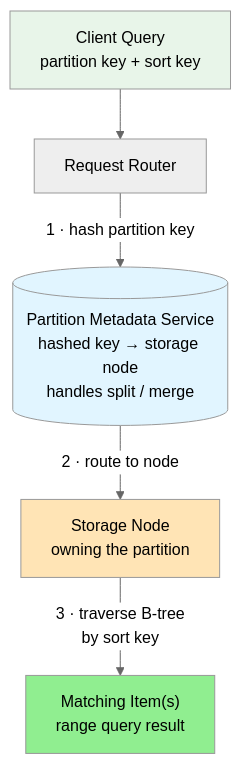
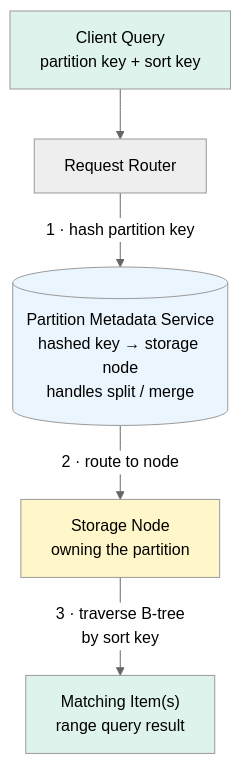
Before and after one commit to cartmancodes/InterviewVault: the first of 2 diagrams in LLD/SystemDesign/DeepDives/Dynamodb.md, drawn with Mermaid (neutral theme). The commit also changed other lines of this file and 679 other files, not shown here.

Commit message:
Unify content diagrams and add accessible visual walkthroughs

````diff
--- a/LLD/SystemDesign/DeepDives/Dynamodb.md
+++ b/LLD/SystemDesign/DeepDives/Dynamodb.md
@@ -126,15 +126,15 @@
 ```mermaid
 graph TB
     C["Client Query<br/>partition key + sort key"]
     RR["Request Router"]
     PM[("Partition Metadata Service<br/>hashed key &rarr; storage node<br/>handles split / merge")]
     C --> RR
     RR -->|"1 · hash partition key"| PM
     PM -->|"2 · route to node"| SN["Storage Node<br/>owning the partition"]
     SN -->|"3 · traverse B-tree<br/>by sort key"| ITEM["Matching Item(s)<br/>range query result"]
 
-    style C fill:#e8f5e9
-    style PM fill:#e1f5ff
-    style SN fill:#FFE4B5
-    style ITEM fill:#90EE90
+    style C fill:#DDF3EC
+    style PM fill:#EAF5FD
+    style SN fill:#FFF6C9
+    style ITEM fill:#DDF3EC
 ```
````
